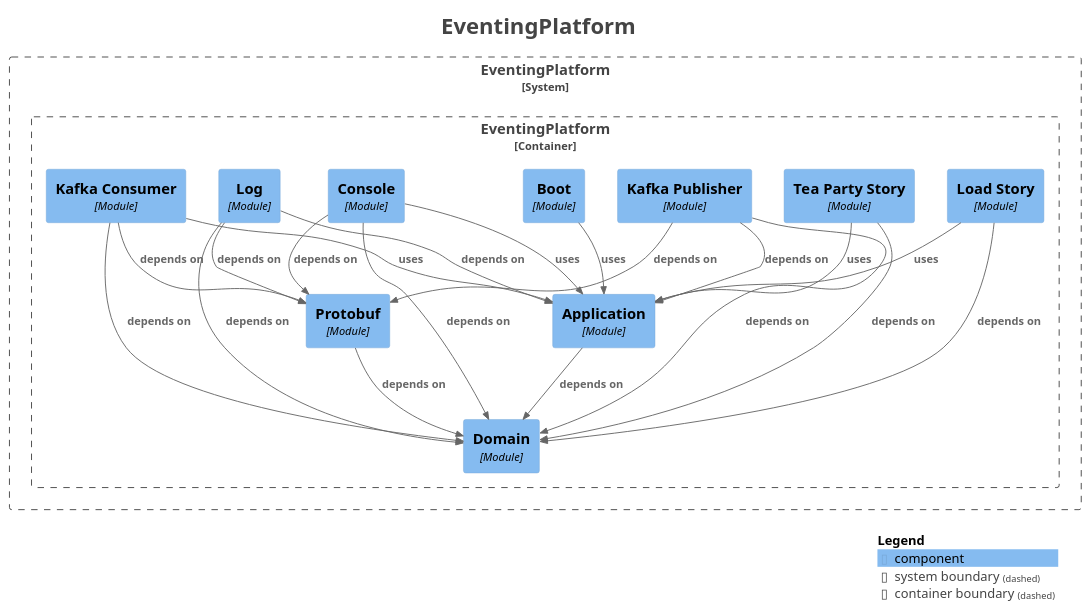
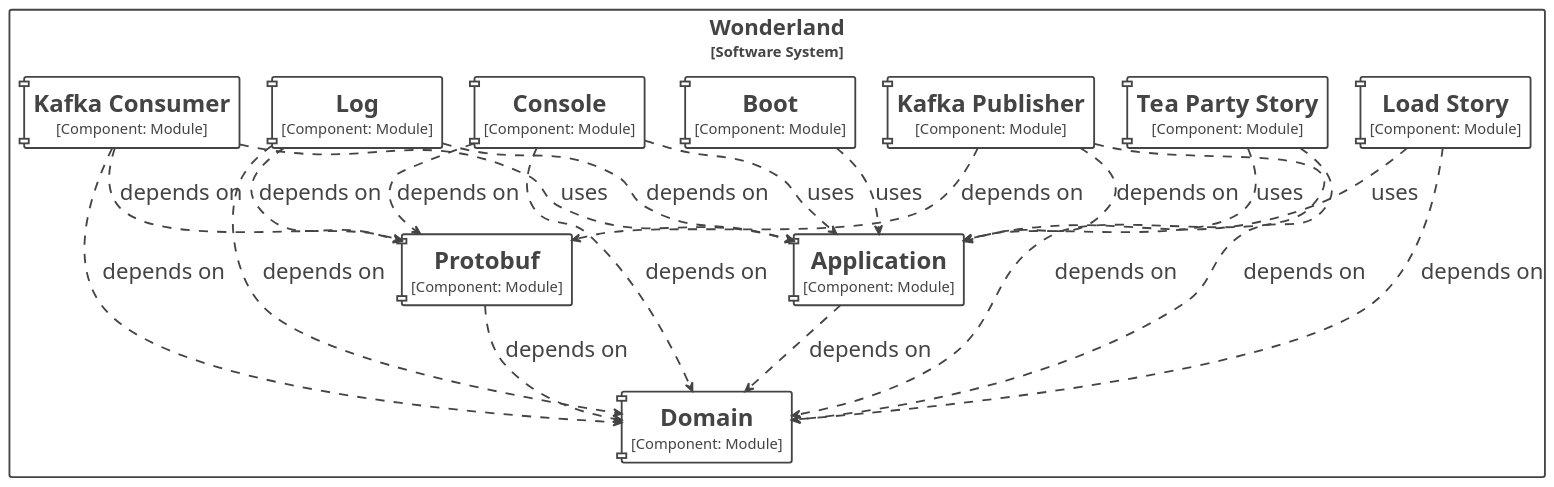
The diagram in docs/generated/architecture/plantuml/components.puml (Mathmagicians/wonderland-eventing-playground), drawn with PlantUML before and after one commit. The commit also changed 434 other files, not shown here.

```diff
--- a/docs/generated/architecture/plantuml/components.puml
+++ b/docs/generated/architecture/plantuml/components.puml
@@ -1,56 +1,82 @@
 @startuml
-title <size:24>EventingPlatform</size>
 
 set separator none
 top to bottom direction
+hide stereotype
+
+skinparam {
+  componentStyle uml1
+}
 
 <style>
   root {
-    BackgroundColor: #ffffff
-    FontColor: #444444
+    BackgroundColor: #ffffff;
+    FontColor: #444444;
+  }
+  // Element,Component
+  .Element-RWxlbWVudCxDb21wb25lbnQ= {
+    BackgroundColor: #ffffff;
+    LineColor: #444444;
+    LineStyle: 0;
+    LineThickness: 2;
+    FontColor: #444444;
+    FontSize: 24;
+    HorizontalAlignment: center;
+    Shadowing: 0;
+    MaximumWidth: 450;
+  }
+  // Relationship
+  .Relationship-UmVsYXRpb25zaGlw {
+    LineThickness: 2;
+    LineStyle: 10-10;
+    LineColor: #444444;
+    FontColor: #444444;
+    FontSize: 24;
+  }
+  // Wonderland
+  .Boundary-V29uZGVybGFuZA== {
+    BackgroundColor: #ffffff;
+    LineColor: #444444;
+    LineStyle: 0;
+    LineThickness: 2;
+    FontColor: #444444;
+    FontSize: 24;
+    HorizontalAlignment: center;
+    Shadowing: 0;
   }
 </style>
 
-!include <C4/C4>
-!include <C4/C4_Context>
-!include <C4/C4_Component>
-
-System_Boundary("EventingPlatform_boundary", "EventingPlatform", $tags="") {
-  Container_Boundary("EventingPlatform.EventingPlatform_boundary", "EventingPlatform", $tags="") {
-    Component(EventingPlatform.EventingPlatform.KafkaPublisher, "Kafka Publisher", $techn="Module", $descr="", $tags="", $link="")
-    Component(EventingPlatform.EventingPlatform.LoadStory, "Load Story", $techn="Module", $descr="", $tags="", $link="")
-    Component(EventingPlatform.EventingPlatform.TeaPartyStory, "Tea Party Story", $techn="Module", $descr="", $tags="", $link="")
-    Component(EventingPlatform.EventingPlatform.Domain, "Domain", $techn="Module", $descr="", $tags="", $link="")
-    Component(EventingPlatform.EventingPlatform.Protobuf, "Protobuf", $techn="Module", $descr="", $tags="", $link="")
-    Component(EventingPlatform.EventingPlatform.Application, "Application", $techn="Module", $descr="", $tags="", $link="")
-    Component(EventingPlatform.EventingPlatform.Boot, "Boot", $techn="Module", $descr="", $tags="", $link="")
-    Component(EventingPlatform.EventingPlatform.Console, "Console", $techn="Module", $descr="", $tags="", $link="")
-    Component(EventingPlatform.EventingPlatform.Log, "Log", $techn="Module", $descr="", $tags="", $link="")
-    Component(EventingPlatform.EventingPlatform.KafkaConsumer, "Kafka Consumer", $techn="Module", $descr="", $tags="", $link="")
-  }
-
+rectangle "Wonderland\n<size:16>[Software System]</size>" <<Boundary-V29uZGVybGFuZA==>> {
+  component "==Kafka Publisher\n<size:16>[Component: Module]</size>" <<Element-RWxlbWVudCxDb21wb25lbnQ=>> as Wonderland.Wonderland.KafkaPublisher
+  component "==Load Story\n<size:16>[Component: Module]</size>" <<Element-RWxlbWVudCxDb21wb25lbnQ=>> as Wonderland.Wonderland.LoadStory
+  component "==Tea Party Story\n<size:16>[Component: Module]</size>" <<Element-RWxlbWVudCxDb21wb25lbnQ=>> as Wonderland.Wonderland.TeaPartyStory
+  component "==Domain\n<size:16>[Component: Module]</size>" <<Element-RWxlbWVudCxDb21wb25lbnQ=>> as Wonderland.Wonderland.Domain
+  component "==Protobuf\n<size:16>[Component: Module]</size>" <<Element-RWxlbWVudCxDb21wb25lbnQ=>> as Wonderland.Wonderland.Protobuf
+  component "==Application\n<size:16>[Component: Module]</size>" <<Element-RWxlbWVudCxDb21wb25lbnQ=>> as Wonderland.Wonderland.Application
+  component "==Boot\n<size:16>[Component: Module]</size>" <<Element-RWxlbWVudCxDb21wb25lbnQ=>> as Wonderland.Wonderland.Boot
+  component "==Console\n<size:16>[Component: Module]</size>" <<Element-RWxlbWVudCxDb21wb25lbnQ=>> as Wonderland.Wonderland.Console
+  component "==Log\n<size:16>[Component: Module]</size>" <<Element-RWxlbWVudCxDb21wb25lbnQ=>> as Wonderland.Wonderland.Log
+  component "==Kafka Consumer\n<size:16>[Component: Module]</size>" <<Element-RWxlbWVudCxDb21wb25lbnQ=>> as Wonderland.Wonderland.KafkaConsumer
 }
 
-Rel(EventingPlatform.EventingPlatform.KafkaConsumer, EventingPlatform.EventingPlatform.Domain, "depends on", $techn="", $tags="", $link="")
-Rel(EventingPlatform.EventingPlatform.KafkaConsumer, EventingPlatform.EventingPlatform.Protobuf, "depends on", $techn="", $tags="", $link="")
-Rel(EventingPlatform.EventingPlatform.KafkaConsumer, EventingPlatform.EventingPlatform.Application, "uses", $techn="", $tags="", $link="")
-Rel(EventingPlatform.EventingPlatform.Boot, EventingPlatform.EventingPlatform.Application, "uses", $techn="", $tags="", $link="")
-Rel(EventingPlatform.EventingPlatform.TeaPartyStory, EventingPlatform.EventingPlatform.Domain, "depends on", $techn="", $tags="", $link="")
-Rel(EventingPlatform.EventingPlatform.TeaPartyStory, EventingPlatform.EventingPlatform.Application, "uses", $techn="", $tags="", $link="")
-Rel(EventingPlatform.EventingPlatform.KafkaPublisher, EventingPlatform.EventingPlatform.Domain, "depends on", $techn="", $tags="", $link="")
-Rel(EventingPlatform.EventingPlatform.KafkaPublisher, EventingPlatform.EventingPlatform.Protobuf, "depends on", $techn="", $tags="", $link="")
-Rel(EventingPlatform.EventingPlatform.KafkaPublisher, EventingPlatform.EventingPlatform.Application, "depends on", $techn="", $tags="", $link="")
-Rel(EventingPlatform.EventingPlatform.Protobuf, EventingPlatform.EventingPlatform.Domain, "depends on", $techn="", $tags="", $link="")
-Rel(EventingPlatform.EventingPlatform.LoadStory, EventingPlatform.EventingPlatform.Domain, "depends on", $techn="", $tags="", $link="")
-Rel(EventingPlatform.EventingPlatform.LoadStory, EventingPlatform.EventingPlatform.Application, "uses", $techn="", $tags="", $link="")
-Rel(EventingPlatform.EventingPlatform.Console, EventingPlatform.EventingPlatform.Protobuf, "depends on", $techn="", $tags="", $link="")
-Rel(EventingPlatform.EventingPlatform.Console, EventingPlatform.EventingPlatform.Domain, "depends on", $techn="", $tags="", $link="")
-Rel(EventingPlatform.EventingPlatform.Console, EventingPlatform.EventingPlatform.Application, "uses", $techn="", $tags="", $link="")
-Rel(EventingPlatform.EventingPlatform.Log, EventingPlatform.EventingPlatform.Domain, "depends on", $techn="", $tags="", $link="")
-Rel(EventingPlatform.EventingPlatform.Log, EventingPlatform.EventingPlatform.Protobuf, "depends on", $techn="", $tags="", $link="")
-Rel(EventingPlatform.EventingPlatform.Log, EventingPlatform.EventingPlatform.Application, "depends on", $techn="", $tags="", $link="")
-Rel(EventingPlatform.EventingPlatform.Application, EventingPlatform.EventingPlatform.Domain, "depends on", $techn="", $tags="", $link="")
+Wonderland.Wonderland.LoadStory --> Wonderland.Wonderland.Domain <<Relationship-UmVsYXRpb25zaGlw>> : "depends on"
+Wonderland.Wonderland.LoadStory --> Wonderland.Wonderland.Application <<Relationship-UmVsYXRpb25zaGlw>> : "uses"
+Wonderland.Wonderland.Log --> Wonderland.Wonderland.Domain <<Relationship-UmVsYXRpb25zaGlw>> : "depends on"
+Wonderland.Wonderland.Log --> Wonderland.Wonderland.Protobuf <<Relationship-UmVsYXRpb25zaGlw>> : "depends on"
+Wonderland.Wonderland.Log --> Wonderland.Wonderland.Application <<Relationship-UmVsYXRpb25zaGlw>> : "depends on"
+Wonderland.Wonderland.TeaPartyStory --> Wonderland.Wonderland.Domain <<Relationship-UmVsYXRpb25zaGlw>> : "depends on"
+Wonderland.Wonderland.TeaPartyStory --> Wonderland.Wonderland.Application <<Relationship-UmVsYXRpb25zaGlw>> : "uses"
+Wonderland.Wonderland.Console --> Wonderland.Wonderland.Protobuf <<Relationship-UmVsYXRpb25zaGlw>> : "depends on"
+Wonderland.Wonderland.Console --> Wonderland.Wonderland.Domain <<Relationship-UmVsYXRpb25zaGlw>> : "depends on"
+Wonderland.Wonderland.Console --> Wonderland.Wonderland.Application <<Relationship-UmVsYXRpb25zaGlw>> : "uses"
+Wonderland.Wonderland.KafkaConsumer --> Wonderland.Wonderland.Domain <<Relationship-UmVsYXRpb25zaGlw>> : "depends on"
+Wonderland.Wonderland.KafkaConsumer --> Wonderland.Wonderland.Protobuf <<Relationship-UmVsYXRpb25zaGlw>> : "depends on"
+Wonderland.Wonderland.KafkaConsumer --> Wonderland.Wonderland.Application <<Relationship-UmVsYXRpb25zaGlw>> : "uses"
+Wonderland.Wonderland.Application --> Wonderland.Wonderland.Domain <<Relationship-UmVsYXRpb25zaGlw>> : "depends on"
+Wonderland.Wonderland.KafkaPublisher --> Wonderland.Wonderland.Domain <<Relationship-UmVsYXRpb25zaGlw>> : "depends on"
+Wonderland.Wonderland.KafkaPublisher --> Wonderland.Wonderland.Protobuf <<Relationship-UmVsYXRpb25zaGlw>> : "depends on"
+Wonderland.Wonderland.KafkaPublisher --> Wonderland.Wonderland.Application <<Relationship-UmVsYXRpb25zaGlw>> : "depends on"
+Wonderland.Wonderland.Protobuf --> Wonderland.Wonderland.Domain <<Relationship-UmVsYXRpb25zaGlw>> : "depends on"
+Wonderland.Wonderland.Boot --> Wonderland.Wonderland.Application <<Relationship-UmVsYXRpb25zaGlw>> : "uses"
 
-SHOW_LEGEND(true)
-hide stereotypes
 @enduml
```
